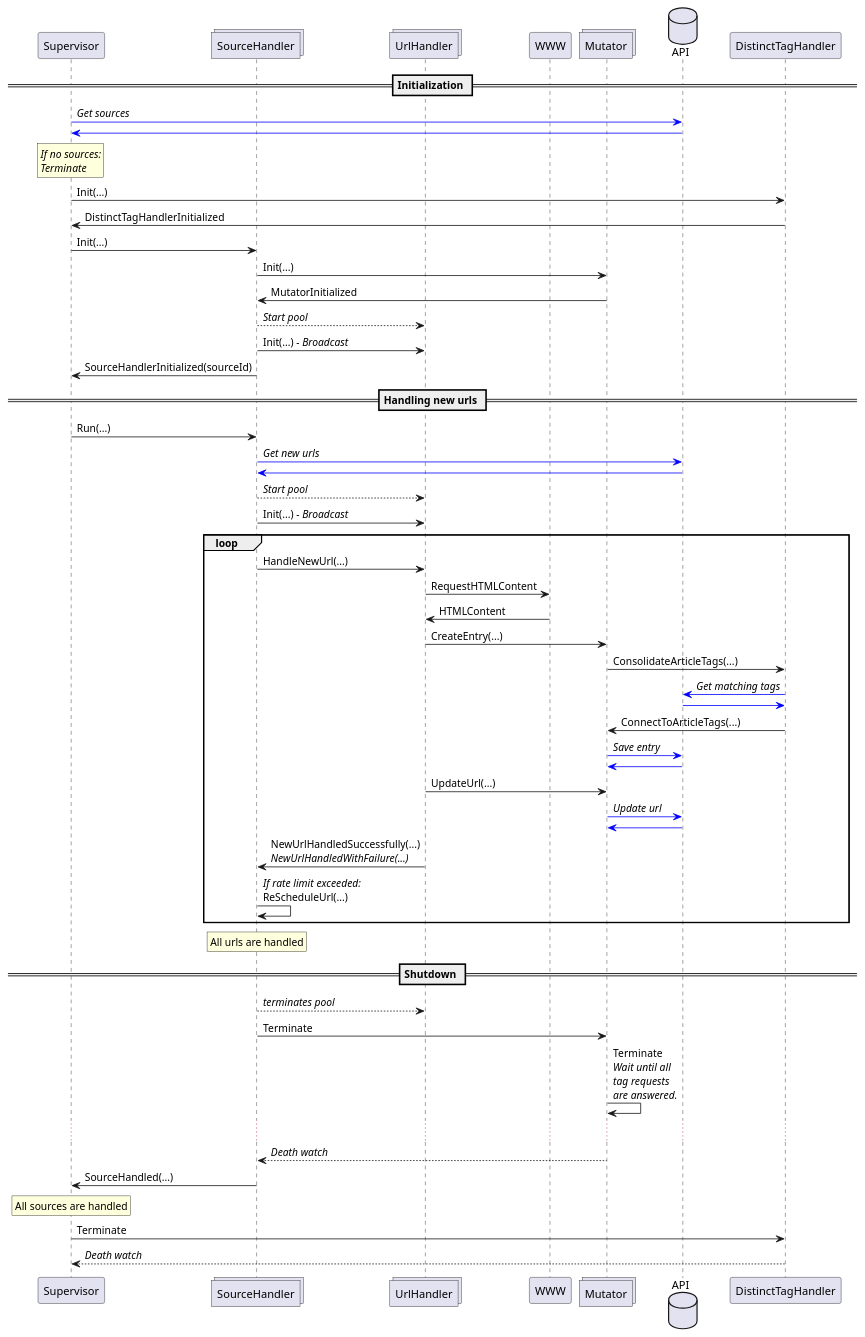
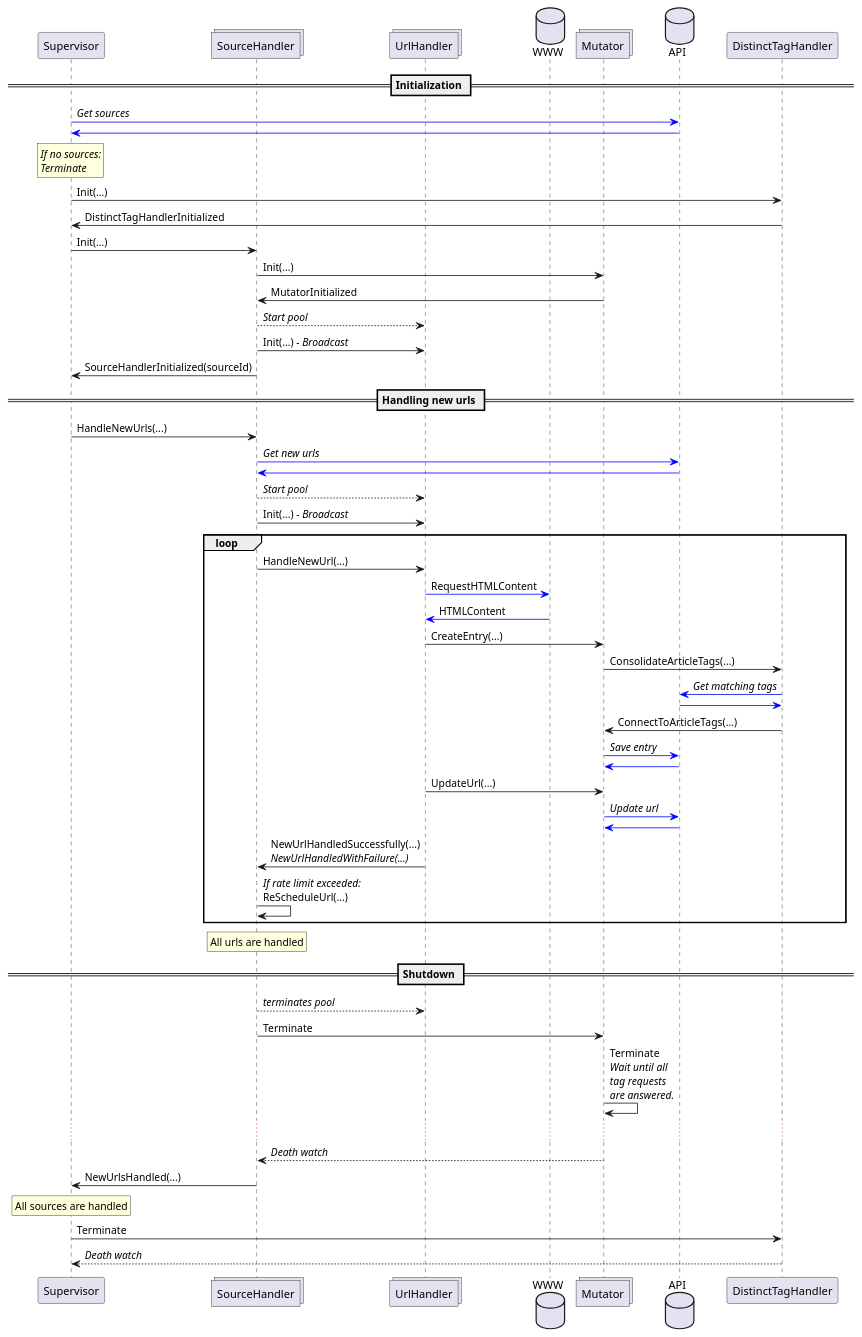
One commit to coverified/content_extractor changed the diagram in doc/proto.puml. Above: the diagram before and after it, drawn with PlantUML. The commit also changed 5 other files, not shown here.

Commit message:
Rename trigger and completion message between supervisor and source

```diff
--- a/doc/proto.puml
+++ b/doc/proto.puml
@@ -1,74 +1,74 @@
 @startuml
 participant Supervisor
 collections SourceHandler
 collections UrlHandler
-participant WWW
+database WWW
 collections Mutator
 database API
 
 == Initialization ==
 Supervisor -[#blue]> API: //Get sources//
 API -[#blue]> Supervisor
 rnote over Supervisor: //If no sources://\n//Terminate//
 Supervisor -> DistinctTagHandler: Init(...)
 DistinctTagHandler -> Supervisor: DistinctTagHandlerInitialized
 
 Supervisor -> SourceHandler: Init(...)
 SourceHandler -> Mutator: Init(...)
 Mutator -> SourceHandler: MutatorInitialized
 SourceHandler --> UrlHandler: //Start pool//
 SourceHandler -> UrlHandler: Init(...) //- Broadcast//
 SourceHandler -> Supervisor: SourceHandlerInitialized(sourceId)
 
 == Handling new urls ==
-Supervisor -> SourceHandler: Run(...)
+Supervisor -> SourceHandler: HandleNewUrls(...)
 SourceHandler -[#blue]> API: //Get new urls//
 ' TODO: Report back, if there are no new urls to handle
 API -[#blue]> SourceHandler
 SourceHandler --> UrlHandler: //Start pool//
 SourceHandler -> UrlHandler: Init(...) //- Broadcast//
 ' TODO: Report back from url handlers
 
 loop
 SourceHandler -> UrlHandler: HandleNewUrl(...)
-UrlHandler -> WWW: RequestHTMLContent
-WWW -> UrlHandler: HTMLContent
+UrlHandler -[#blue]> WWW: RequestHTMLContent
+WWW -[#blue]> UrlHandler: HTMLContent
 
 UrlHandler -> Mutator: CreateEntry(...)
 Mutator -> DistinctTagHandler: ConsolidateArticleTags(...)
 DistinctTagHandler -[#blue]> API: //Get matching tags//
 API -[#blue]> DistinctTagHandler
 DistinctTagHandler -> Mutator: ConnectToArticleTags(...)
 Mutator -[#blue]> API: //Save entry//
 API -[#blue]> Mutator
 ' TODO: Feed back about handled entry
 UrlHandler -> Mutator: UpdateUrl(...)
 Mutator -[#blue]> API: //Update url//
 API -[#blue]> Mutator
 ' TODO: Feed back about handled url
 UrlHandler -> SourceHandler: NewUrlHandledSuccessfully(...)\n//NewUrlHandledWithFailure(...)//
 
 SourceHandler -> SourceHandler: //If rate limit exceeded://\nReScheduleUrl(...)
 end loop
 
 rnote over SourceHandler
     All urls are handled
 endrnote
 
 == Shutdown ==
 
 SourceHandler --> UrlHandler: //terminates pool//
 SourceHandler -> Mutator: Terminate
 Mutator -> Mutator: Terminate\n//Wait until all//\n//tag requests//\n//are answered.//
 ...
 Mutator --> SourceHandler: //Death watch//
 
-SourceHandler -> Supervisor:SourceHandled(...)
+SourceHandler -> Supervisor:NewUrlsHandled(...)
 
 rnote over Supervisor
     All sources are handled
 endrnote
 Supervisor -> DistinctTagHandler: Terminate
 DistinctTagHandler --> Supervisor: //Death watch//
 
 @enduml
```
